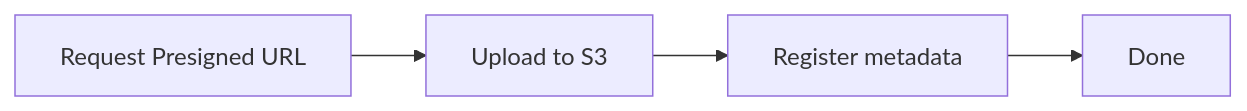
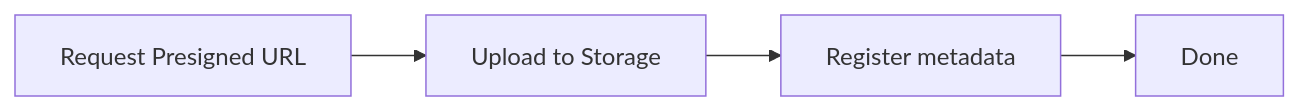
The third of 4 diagrams in en/storage/01-overview.md (popup-studio-ai/bkend-docs), drawn with Mermaid before and after one commit. The commit also changed other lines of this file and 45 other files, not shown here.

````diff
--- a/en/storage/01-overview.md
+++ b/en/storage/01-overview.md
@@ -101,6 +101,6 @@
 ```mermaid
 flowchart LR
-    A[Request Presigned URL] --> B[Upload to S3]
+    A[Request Presigned URL] --> B[Upload to Storage]
     B --> C[Register metadata]
     C --> D[Done]
 ```
````
